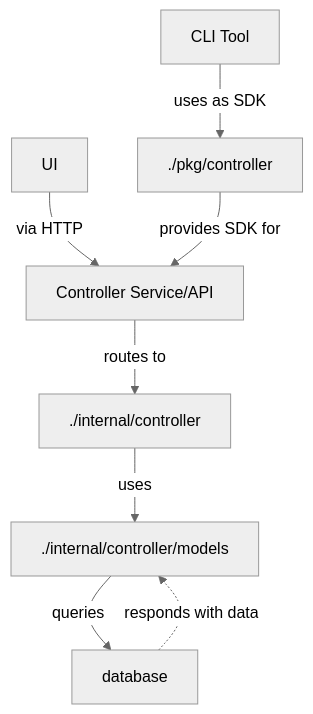
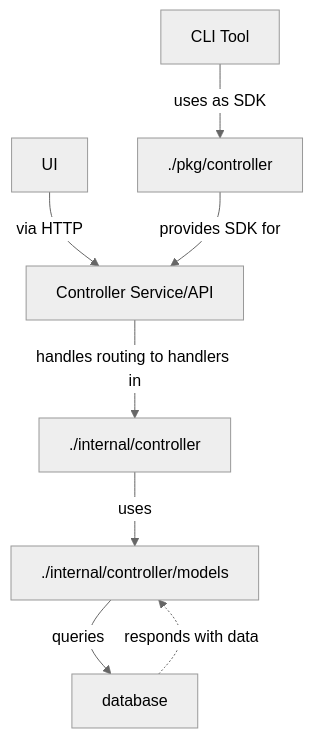
Before and after one commit to opsicle/opsicle: the first of 5 diagrams in docs/contributors/system-architecture.md, drawn with Mermaid (neutral theme). The commit also changed 68 other files, not shown here.

````diff
--- a/docs/contributors/system-architecture.md
+++ b/docs/contributors/system-architecture.md
@@ -9,18 +9,18 @@
 ```mermaid
 flowchart TD;
   ui[UI]
   cmd[CLI Tool]
   controller[Controller Service/API]
   pcontroller[./pkg/controller]
   icontroller[./internal/controller]
   models[./internal/controller/models]
   db[database]
 
   ui -->|via HTTP| controller
   cmd -->|uses as SDK| pcontroller
   pcontroller -->|provides SDK for| controller
-  controller -->|routes to| icontroller
+  controller -->|handles routing to handlers in| icontroller
   icontroller -->|uses| models
   models -->|queries| db
   db -.->|responds with data| models
 ```
````
